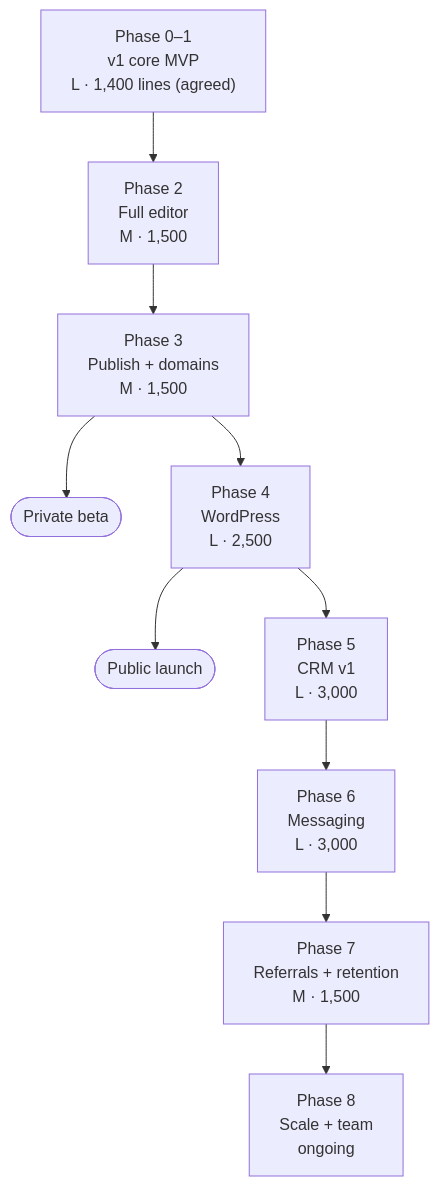
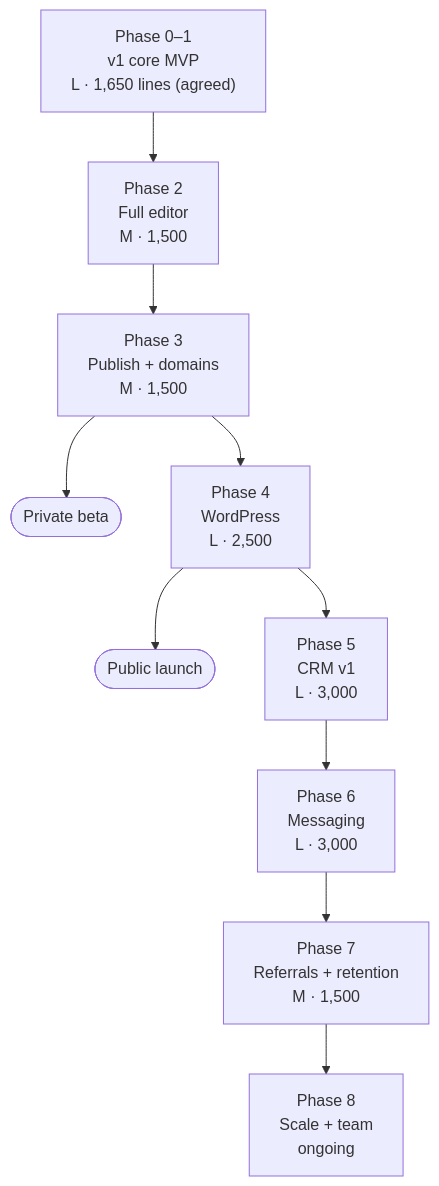
Before and after one commit to Tami-vibe/pandino: the fourth of 4 diagrams in docs/PLAN.md, drawn with Mermaid. The commit also changed other lines of this file and 4 other files, not shown here.

````diff
--- a/docs/PLAN.md
+++ b/docs/PLAN.md
@@ -334,12 +334,12 @@
 ```mermaid
 flowchart TB
-  P01["Phase 0–1<br/>v1 core MVP<br/>L · 1,400 lines (agreed)"] --> P2["Phase 2<br/>Full editor<br/>M · 1,500"]
+  P01["Phase 0–1<br/>v1 core MVP<br/>L · 1,650 lines (agreed)"] --> P2["Phase 2<br/>Full editor<br/>M · 1,500"]
   P2 --> P3["Phase 3<br/>Publish + domains<br/>M · 1,500"]
   P3 --> B(["Private beta"])
   P3 --> P4["Phase 4<br/>WordPress<br/>L · 2,500"]
   P4 --> L(["Public launch"])
   P4 --> P5["Phase 5<br/>CRM v1<br/>L · 3,000"]
   P5 --> P6["Phase 6<br/>Messaging<br/>L · 3,000"]
   P6 --> P7["Phase 7<br/>Referrals + retention<br/>M · 1,500"]
   P7 --> P8["Phase 8<br/>Scale + team<br/>ongoing"]
 ```
````
